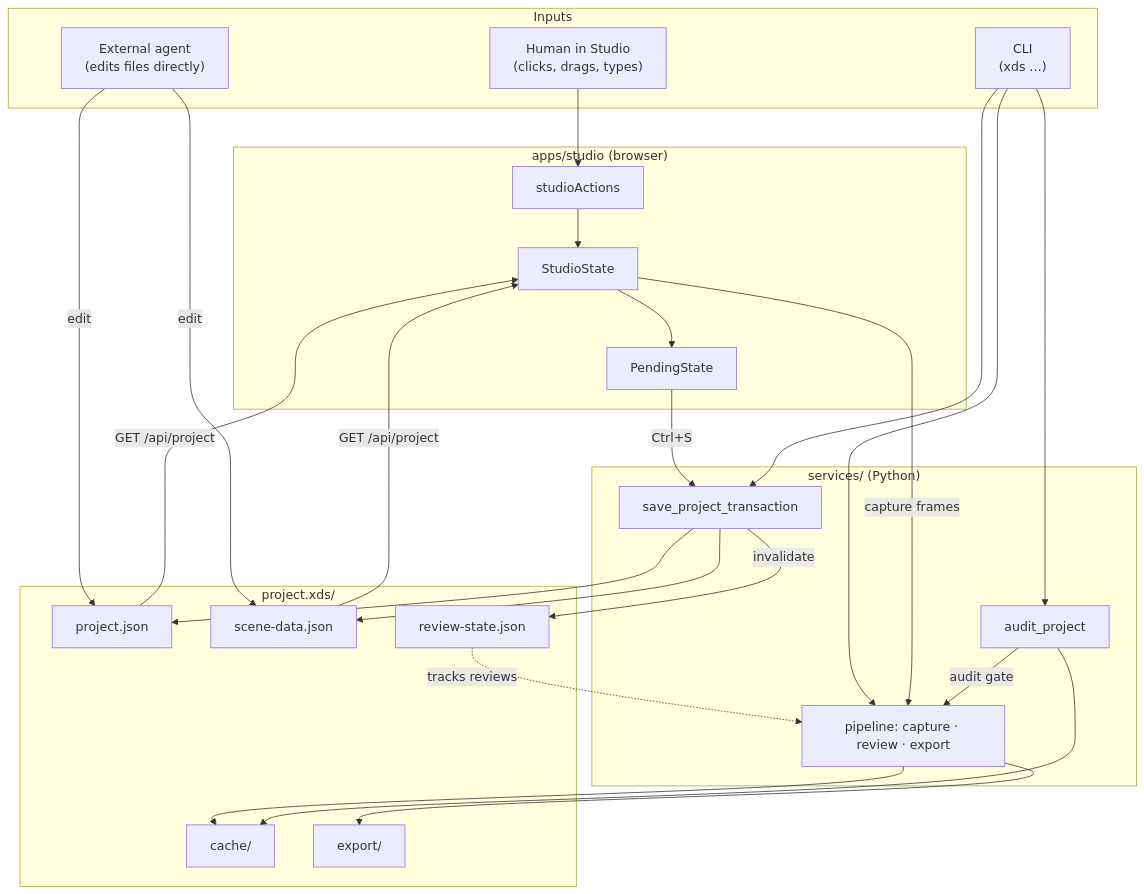
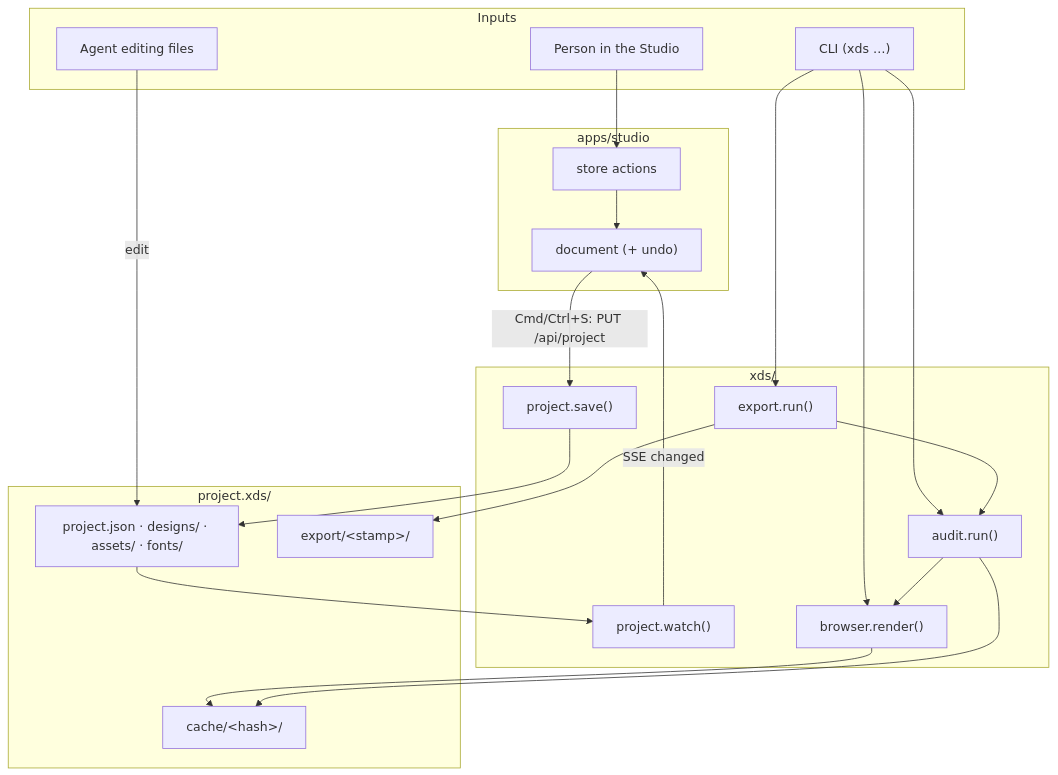
The first of 5 diagrams in docs/dataflow.md (AvikArefin/xds), drawn with Mermaid before and after one commit. The commit also changed other lines of this file and 8 other files, not shown here.

First line of the commit message:
docs: rework architecture for v2

````diff
--- a/docs/dataflow.md
+++ b/docs/dataflow.md
@@ -11,46 +11,38 @@
 ```mermaid
 flowchart TB
-  subgraph Inputs["Inputs"]
-    H["Human in Studio<br/>(clicks, drags, types)"]
-    A["External agent<br/>(edits files directly)"]
-    C["CLI<br/>(xds …)"]
+  subgraph Inputs
+    H["Person in the Studio"]
+    A["Agent editing files"]
+    C["CLI (xds …)"]
   end
 
-  subgraph Frontend["apps/studio (browser)"]
-    ACT["studioActions"]
-    ST["StudioState"]
-    PND["PendingState"]
+  subgraph Browser["apps/studio"]
+    ACT["store actions"]
+    DOC["document (+ undo)"]
   end
 
-  subgraph Backend["services/ (Python)"]
-    SV["save_project_transaction"]
-    AUD["audit_project"]
-    PIPE["pipeline: capture · review · export"]
+  subgraph Python["xds/"]
+    SAVE["project.save()"]
+    WATCH["project.watch()"]
+    BR["browser.render()"]
+    AUD["audit.run()"]
+    EXP["export.run()"]
   end
 
   subgraph Disk["project.xds/"]
-    PJ["project.json"]
-    SD["scene-data.json"]
-    CACHE["cache/"]
-    EXP["export/"]
-    RS["review-state.json"]
+    SRC["project.json · designs/ · assets/ · fonts/"]
+    CACHE["cache/&lt;hash&gt;/"]
+    OUT["export/&lt;stamp&gt;/"]
   end
 
-  H --> ACT --> ST --> PND
-  PND -->|"Ctrl+S"| SV
-  A -->|"edit"| PJ
-  A -->|"edit"| SD
-  C --> AUD
-  C --> PIPE
-  C --> SV
-  SV --> PJ
-  SV --> SD
-  SV -->|"invalidate"| RS
-  PJ & SD -->|"GET /api/project"| ST
-  ST -->|"capture frames"| PIPE
-  PIPE --> CACHE
+  H --> ACT --> DOC
+  DOC -->|"Cmd/Ctrl+S: PUT /api/project"| SAVE --> SRC
+  A -->|"edit"| SRC
+  SRC --> WATCH -->|"SSE changed"| DOC
+  C --> BR & AUD & EXP
+  BR --> CACHE
+  AUD --> BR
   AUD --> CACHE
-  AUD -->|"audit gate"| PIPE
-  PIPE --> EXP
-  RS -.->|"tracks reviews"| PIPE
+  EXP --> AUD
+  EXP --> OUT
 ```
````
